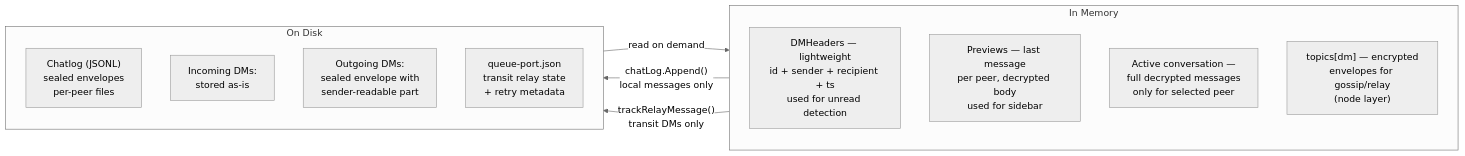
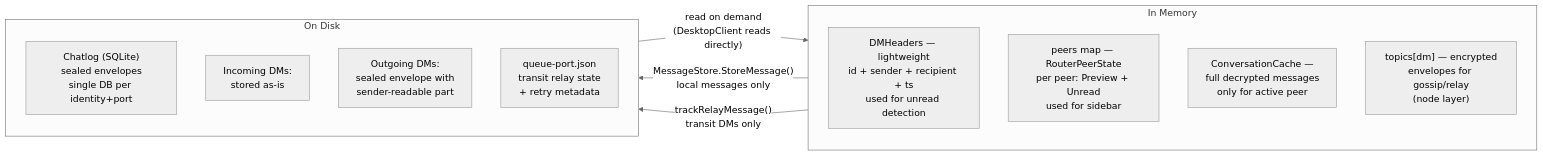
Before and after one commit to piratecash/corsa: the second of 16 diagrams in docs/chatlog.md, drawn with Mermaid (neutral theme). The commit also changed other lines of this file and 35 other files, not shown here.

First line of the commit message:
feat(service): extract DMRouter, migrate chatlog to SQLite, add structured logging

````diff
--- a/docs/chatlog.md
+++ b/docs/chatlog.md
@@ -44,22 +51,22 @@
 ```mermaid
 flowchart LR
     subgraph MEM["In Memory"]
         direction TB
         M1["DMHeaders — lightweight\nid + sender + recipient + ts\nused for unread detection"]
-        M2["Previews — last message\nper peer, decrypted body\nused for sidebar"]
-        M3["Active conversation —\nfull decrypted messages\nonly for selected peer"]
+        M2["peers map — RouterPeerState\nper peer: Preview + Unread\nused for sidebar"]
+        M3["ConversationCache —\nfull decrypted messages\nonly for active peer"]
         M4["topics[dm] — encrypted\nenvelopes for gossip/relay\n(node layer)"]
     end
 
     subgraph DSK["On Disk"]
         direction TB
-        D1["Chatlog (JSONL)\nsealed envelopes\nper-peer files"]
+        D1["Chatlog (SQLite)\nsealed envelopes\nsingle DB per identity+port"]
         D2["Incoming DMs:\nstored as-is"]
         D3["Outgoing DMs:\nsealed envelope with\nsender-readable part"]
         D4["queue-port.json\ntransit relay state\n+ retry metadata"]
     end
 
-    MEM -->|"chatLog.Append()\nlocal messages only"| D1
+    MEM -->|"MessageStore.StoreMessage()\nlocal messages only"| D1
     MEM -->|"trackRelayMessage()\ntransit DMs only"| D4
-    D1 -->|"read on demand"| MEM
+    D1 -->|"read on demand\n(DesktopClient reads directly)"| MEM
 ```
````
